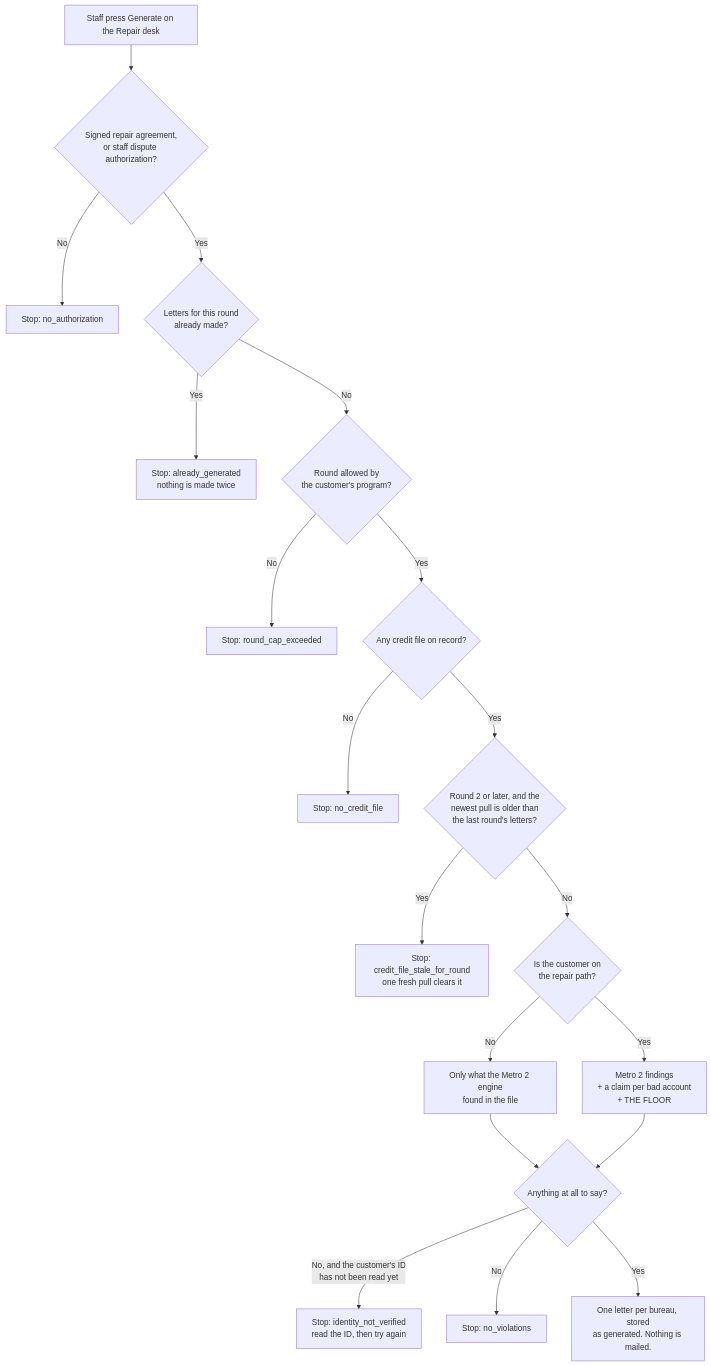
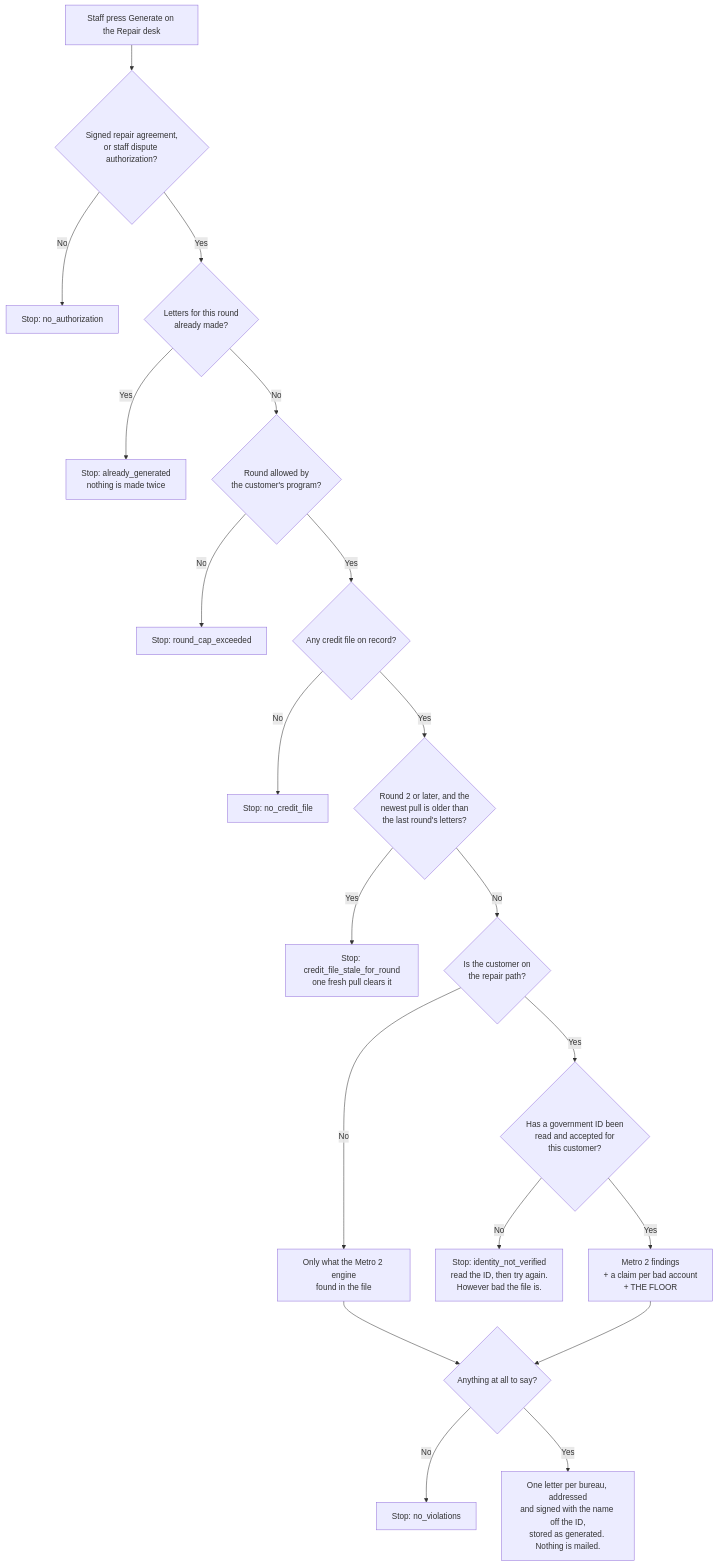
The first of 2 diagrams in docs/journeys/repair-floor-flow.md (ZootimusMaximusSupreme/Fundhub_ai), drawn with Mermaid before and after one commit. The commit also changed other lines of this file and 8 other files, not shown here.

First line of the commit message:
Round 3 stops calling itself the last letter, and no letter goes out under a name nobody checked

````diff
--- a/docs/journeys/repair-floor-flow.md
+++ b/docs/journeys/repair-floor-flow.md
@@ -26,21 +26,22 @@
 ```mermaid
 flowchart TD
     A[Staff press Generate on the Repair desk] --> B{Signed repair agreement,<br/>or staff dispute authorization?}
     B -->|No| B1[Stop: no_authorization]
     B -->|Yes| C{Letters for this round<br/>already made?}
     C -->|Yes| C1[Stop: already_generated<br/>nothing is made twice]
     C -->|No| D{Round allowed by<br/>the customer's program?}
     D -->|No| D1[Stop: round_cap_exceeded]
     D -->|Yes| E{Any credit file on record?}
     E -->|No| E1[Stop: no_credit_file]
     E -->|Yes| F{Round 2 or later, and the<br/>newest pull is older than<br/>the last round's letters?}
     F -->|Yes| F1[Stop: credit_file_stale_for_round<br/>one fresh pull clears it]
     F -->|No| G{Is the customer on<br/>the repair path?}
     G -->|No| H[Only what the Metro 2 engine<br/>found in the file]
-    G -->|Yes| I[Metro 2 findings<br/>+ a claim per bad account<br/>+ THE FLOOR]
+    G -->|Yes| G2{Has a government ID been<br/>read and accepted for<br/>this customer?}
+    G2 -->|No| G3[Stop: identity_not_verified<br/>read the ID, then try again.<br/>However bad the file is.]
+    G2 -->|Yes| I[Metro 2 findings<br/>+ a claim per bad account<br/>+ THE FLOOR]
     H --> J{Anything at all to say?}
     I --> J
-    J -->|No, and the customer's ID<br/>has not been read yet| J2[Stop: identity_not_verified<br/>read the ID, then try again]
     J -->|No| J1[Stop: no_violations]
-    J -->|Yes| K[One letter per bureau, stored<br/>as generated. Nothing is mailed.]
+    J -->|Yes| K[One letter per bureau, addressed<br/>and signed with the name off the ID,<br/>stored as generated. Nothing is mailed.]
 ```
````
